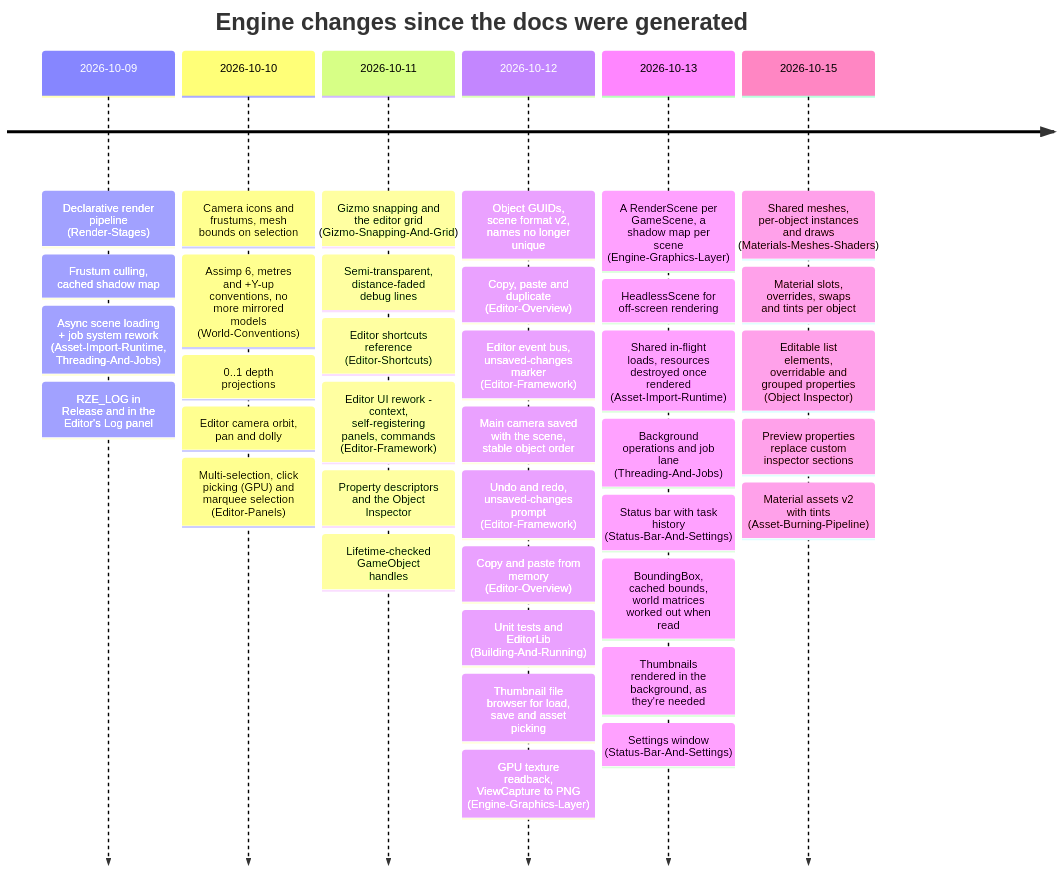
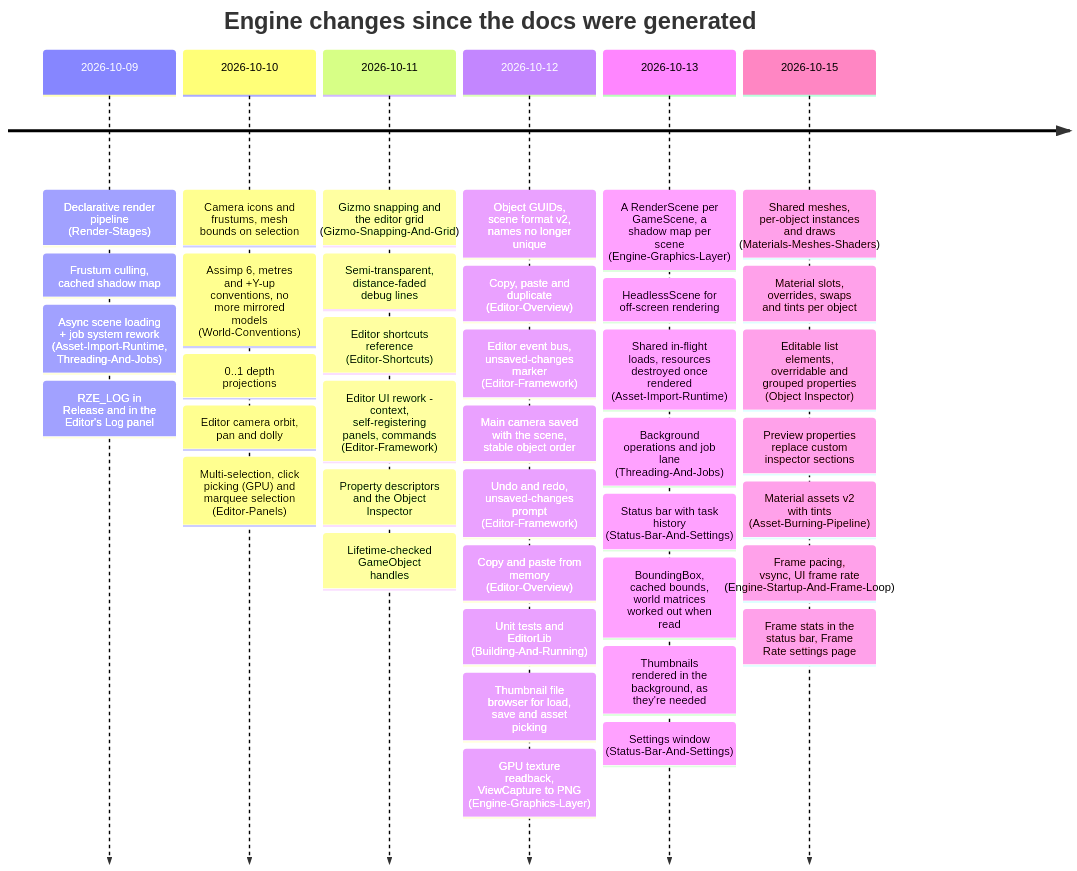
The third of 3 diagrams in Docs/Generated/Engine/index.md (b1nary0/RZE), drawn with Mermaid before and after one commit. The commit also changed other lines of this file and 16 other files, not shown here.

First line of the commit message:
Document frame pacing, vsync, the UI frame rate and the input changes

````diff
--- a/Docs/Generated/Engine/index.md
+++ b/Docs/Generated/Engine/index.md
@@ -90,41 +90,43 @@
 ```mermaid
 timeline
     title Engine changes since the docs were generated
     2026-10-09 : Declarative render pipeline (Render-Stages)
                : Frustum culling, cached shadow map
                : Async scene loading + job system rework (Asset-Import-Runtime, Threading-And-Jobs)
                : RZE_LOG in Release and in the Editor's Log panel
     2026-10-10 : Camera icons and frustums, mesh bounds on selection
                : Assimp 6, metres and +Y-up conventions, no more mirrored models (World-Conventions)
                : 0..1 depth projections
                : Editor camera orbit, pan and dolly
                : Multi-selection, click picking (GPU) and marquee selection (Editor-Panels)
     2026-10-11 : Gizmo snapping and the editor grid (Gizmo-Snapping-And-Grid)
                : Semi-transparent, distance-faded debug lines
                : Editor shortcuts reference (Editor-Shortcuts)
                : Editor UI rework - context, self-registering panels, commands (Editor-Framework)
                : Property descriptors and the Object Inspector
                : Lifetime-checked GameObject handles
     2026-10-12 : Object GUIDs, scene format v2, names no longer unique
                : Copy, paste and duplicate (Editor-Overview)
                : Editor event bus, unsaved-changes marker (Editor-Framework)
                : Main camera saved with the scene, stable object order
                : Undo and redo, unsaved-changes prompt (Editor-Framework)
                : Copy and paste from memory (Editor-Overview)
                : Unit tests and EditorLib (Building-And-Running)
                : Thumbnail file browser for load, save and asset picking
                : GPU texture readback, ViewCapture to PNG (Engine-Graphics-Layer)
     2026-10-13 : A RenderScene per GameScene, a shadow map per scene (Engine-Graphics-Layer)
                : HeadlessScene for off-screen rendering
                : Shared in-flight loads, resources destroyed once rendered (Asset-Import-Runtime)
                : Background operations and job lane (Threading-And-Jobs)
                : Status bar with task history (Status-Bar-And-Settings)
                : BoundingBox, cached bounds, world matrices worked out when read
                : Thumbnails rendered in the background, as they're needed
                : Settings window (Status-Bar-And-Settings)
     2026-10-15 : Shared meshes, per-object instances and draws (Materials-Meshes-Shaders)
                : Material slots, overrides, swaps and tints per object
                : Editable list elements, overridable and grouped properties (Object Inspector)
                : Preview properties replace custom inspector sections
                : Material assets v2 with tints (Asset-Burning-Pipeline)
+               : Frame pacing, vsync, UI frame rate (Engine-Startup-And-Frame-Loop)
+               : Frame stats in the status bar, Frame Rate settings page
 ```
````
